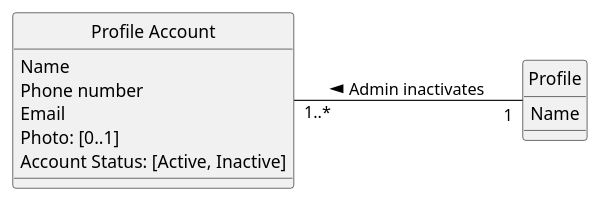
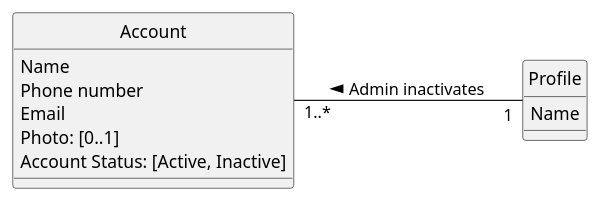
Before and after one commit to ivo-menezes/project_g3: the diagram in docs/modelling_design/user_stories/us005/US005_InactivateUserAccountDMD.puml, drawn with PlantUML. The commit also changed 4 other files, not shown here.

```diff
--- a/docs/modelling_design/user_stories/us005/US005_InactivateUserAccountDMD.puml
+++ b/docs/modelling_design/user_stories/us005/US005_InactivateUserAccountDMD.puml
@@ -1,20 +1,20 @@
 @startuml
 skinparam style strictuml
 left to right direction
 skinparam groupInheritance 3
 
- class "Profile Account" {
+ class "Account" {
    Name
    Phone number
    Email
    Photo: [0..1]
    'the [0..1] in Photo indicates an optional value, see Craig 2004, p.121
    Account Status: [Active, Inactive]
  }
 
  class Profile {
  Name
  }
 
-"Profile Account" "1..*" -- "1" Profile: Admin inactivates <
+"Account" "1..*" -- "1" Profile: Admin inactivates <
 @enduml
```
